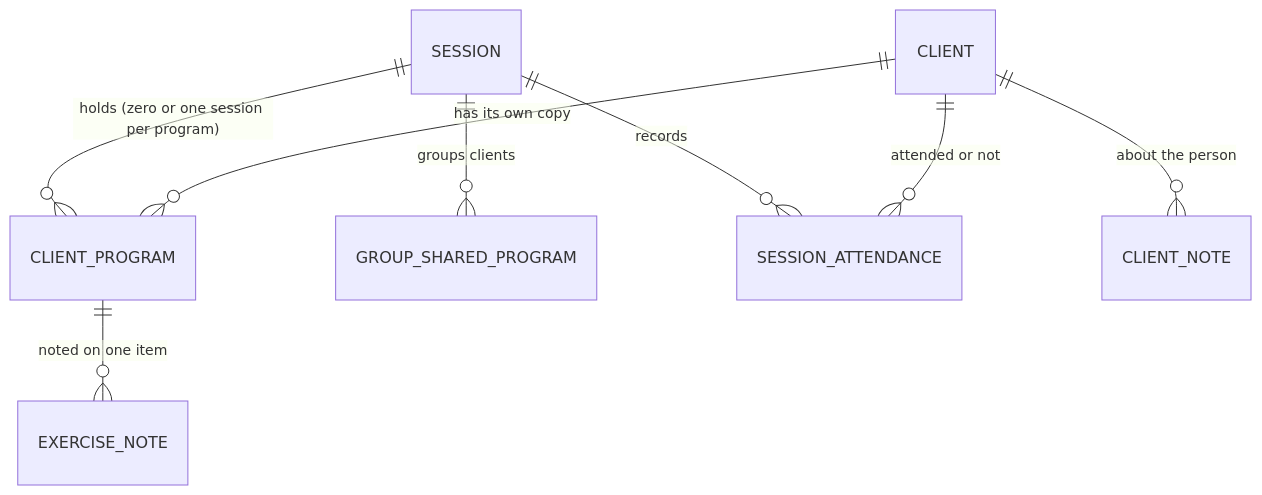
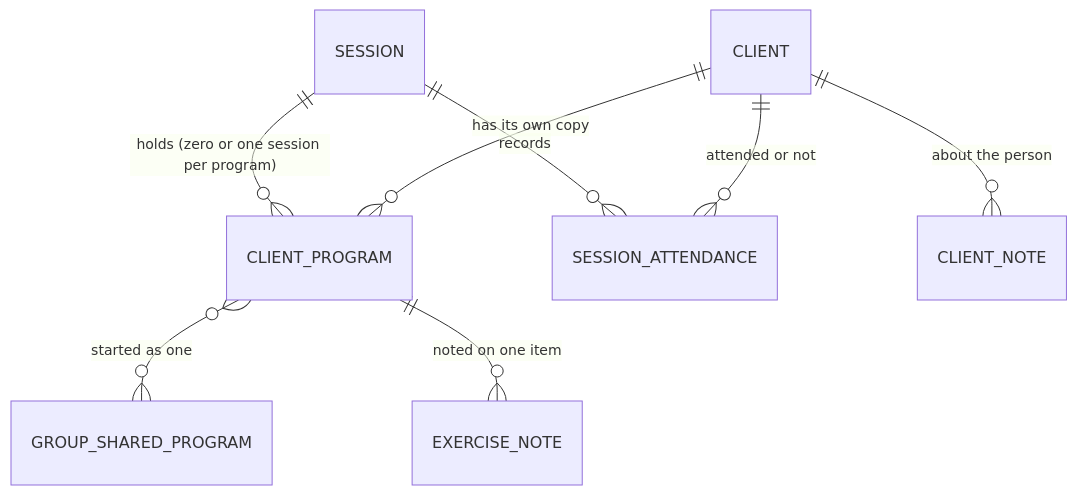
Before and after one commit to stutek/LibrePT: the fourth of 5 diagrams in docs/DATA_MODEL.md, drawn with Mermaid. The commit also changed other lines of this file and 43 other files, not shown here.

````diff
--- a/docs/DATA_MODEL.md
+++ b/docs/DATA_MODEL.md
@@ -592,10 +598,10 @@
 ```mermaid
 erDiagram
     SESSION ||--o{ CLIENT_PROGRAM : "holds (zero or one session per program)"
     CLIENT ||--o{ CLIENT_PROGRAM : "has its own copy"
-    SESSION ||--o{ GROUP_SHARED_PROGRAM : "groups clients"
+    CLIENT_PROGRAM }o--o{ GROUP_SHARED_PROGRAM : "started as one"
     SESSION ||--o{ SESSION_ATTENDANCE : "records"
     CLIENT ||--o{ SESSION_ATTENDANCE : "attended or not"
     CLIENT_PROGRAM ||--o{ EXERCISE_NOTE : "noted on one item"
     CLIENT ||--o{ CLIENT_NOTE : "about the person"
 ```
````
